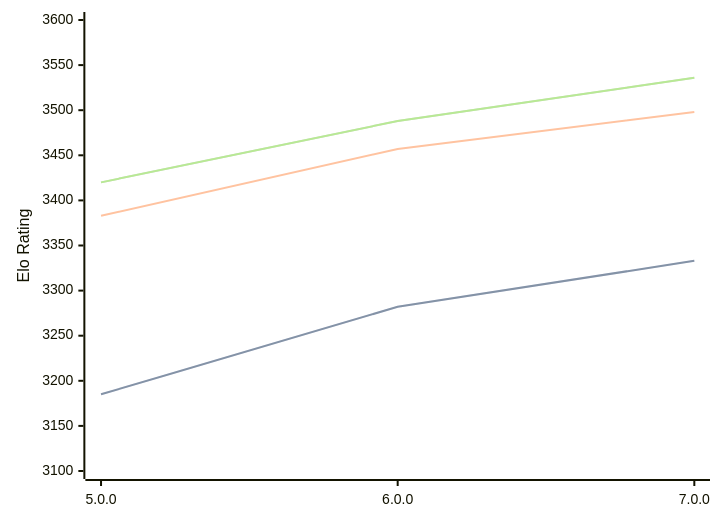
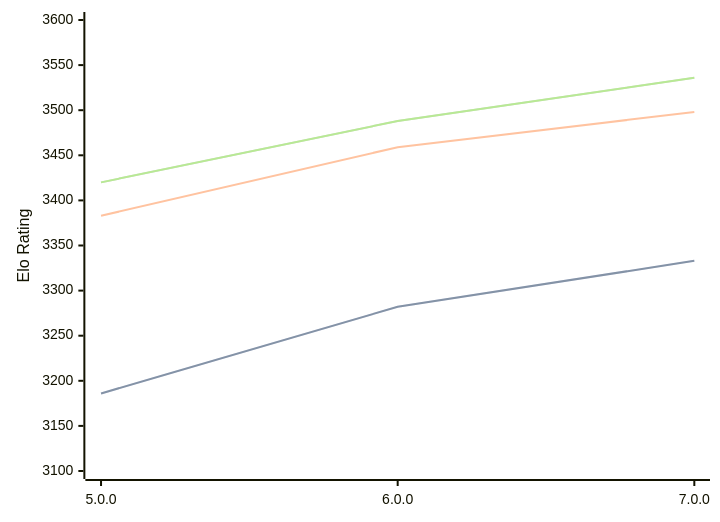
The third of 3 diagrams in engines/Stormphrax.md (computer-chess-index/cci), drawn with Mermaid before and after one commit. The commit also changed other lines of this file, not shown here.

````diff
--- a/engines/Stormphrax.md
+++ b/engines/Stormphrax.md
@@ -71,11 +71,11 @@
 ```mermaid
 %%{init: {"theme":"base","themeVariables":{"seriesColors:['#a3a3a3','#222221','#faa371']}}}%%
 xychart-beta
   x-axis ["5.0.0", "6.0.0", "7.0.0"]
   y-axis "Elo Rating" 3100 --> 3600
-  line "STC (8.0+0.08s)" [3185, 3282, 3333]
-  line "STC (8.0+0.08s)" [3185, 3282, 3333]
-  line "LTC (60.0+0.60s)" [3383, 3457, 3498]
+  line "STC (8.0+0.08s)" [3186, 3282, 3333]
+  line "STC (8.0+0.08s)" [3186, 3282, 3333]
+  line "LTC (60.0+0.60s)" [3383, 3459, 3498]
   line "VLTC (2m24s+1.12s)" [3420, 3488, 3536]
   line "VLTC (2m24s+1.12s)" [3420, 3488, 3536]
 ```
````
